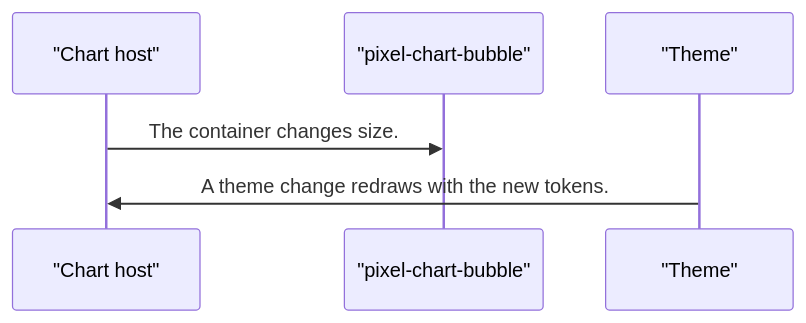
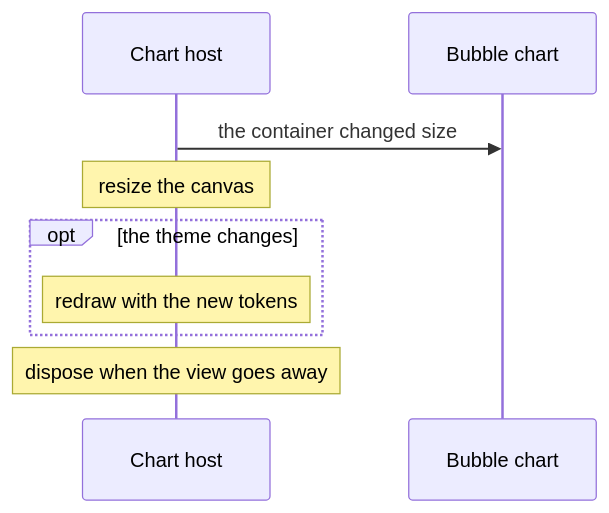
Before and after one commit to RajshekharBorate/pixel-ui: the fourth of 5 diagrams in projects/pixel-ui/src/lib/pixel-chart-bubble/DESIGN.md, drawn with Mermaid. The commit also changed other lines of this file and 73 other files, not shown here.

Commit message:
Explain who owns each value and what each flow does in every component and service design.

````diff
--- a/projects/pixel-ui/src/lib/pixel-chart-bubble/DESIGN.md
+++ b/projects/pixel-ui/src/lib/pixel-chart-bubble/DESIGN.md
@@ -82,8 +104,11 @@
 ```mermaid
 sequenceDiagram
-  participant host as "Chart host"
-  participant plot as "pixel-chart-bubble"
-  participant theme as "Theme"
-  host->>plot: The container changes size.
-  theme->>host: A theme change redraws with the new tokens.
+  participant Host as Chart host
+  participant Plot as Bubble chart
+  Host->>Plot: the container changed size
+  Note over Host: resize the canvas
+  opt the theme changes
+    Note over Host: redraw with the new tokens
+  end
+  Note over Host: dispose when the view goes away
 ```
````
